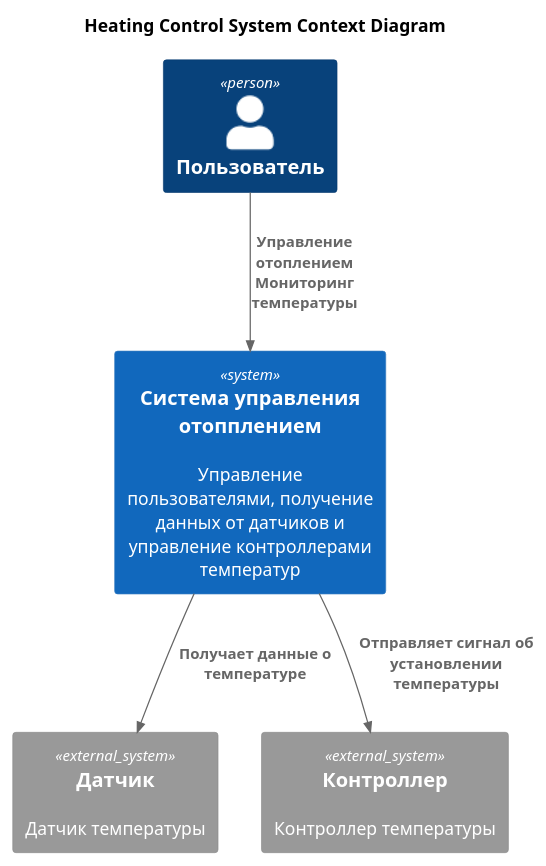
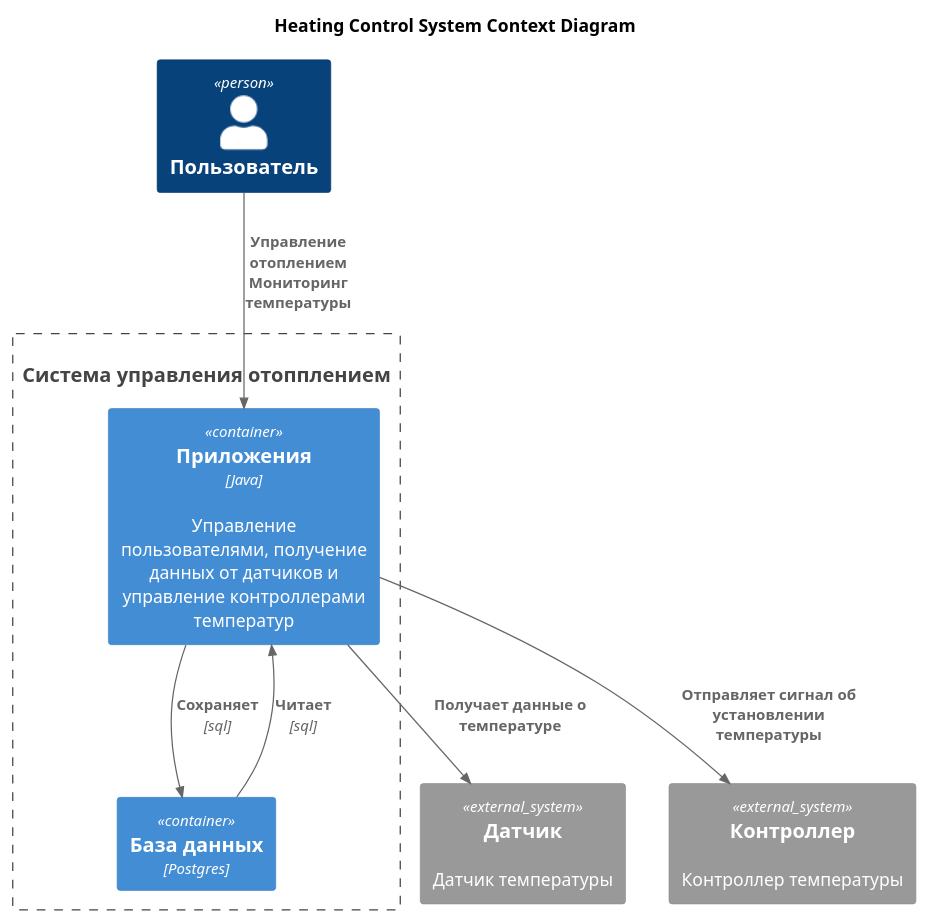
The diagram in arch/current state/Context.puml (asbelon/architecture-sprint-3), drawn with PlantUML before and after one commit. The commit also changed 1 other file, not shown here.

```diff
--- a/arch/current state/Context.puml
+++ b/arch/current state/Context.puml
@@ -1,18 +1,25 @@
 @startuml
 title Heating Control System Context Diagram
 
 top to bottom direction
 
 !includeurl https://raw.githubusercontent.com/RicardoNiepel/C4-PlantUML/master/C4_Component.puml
 
-Person(user, "Пользователь", "")
-System(HeatingControlSystem, "Система управления отопплением", "Управление пользователями, получение данных от датчиков и управление контроллерами температур")
+Person(user, "Пользователь")
+System(HeatingControlSystem, "Система управления отопплением")
+
+System_Boundary(HeatingControlSystem, "Система управления отопплением") {
+     Container(app, "Приложения", "Java", "Управление пользователями, получение данных от датчиков и управление контроллерами температур")
+     Container(database, "База данных", "Postgres")
+     Rel(app, database, "Сохраняет", "sql")
+     Rel(database, app, "Читает", "sql")
+}
 
 System_Ext(sensor, "Датчик", "Датчик температуры")
 System_Ext(controller, "Контроллер", "Контроллер температуры")
 
-Rel(user, HeatingControlSystem, "Управление отоплением\nМониторинг температуры")
-Rel(HeatingControlSystem,sensor,"Получает данные о температуре")
-Rel(HeatingControlSystem,controller,"Отправляет сигнал об установлении температуры")
+Rel(user, app, "Управление отоплением\nМониторинг температуры")
+Rel(app,sensor,"Получает данные о температуре")
+Rel(app,controller,"Отправляет сигнал об установлении температуры")
 
 @enduml
```
